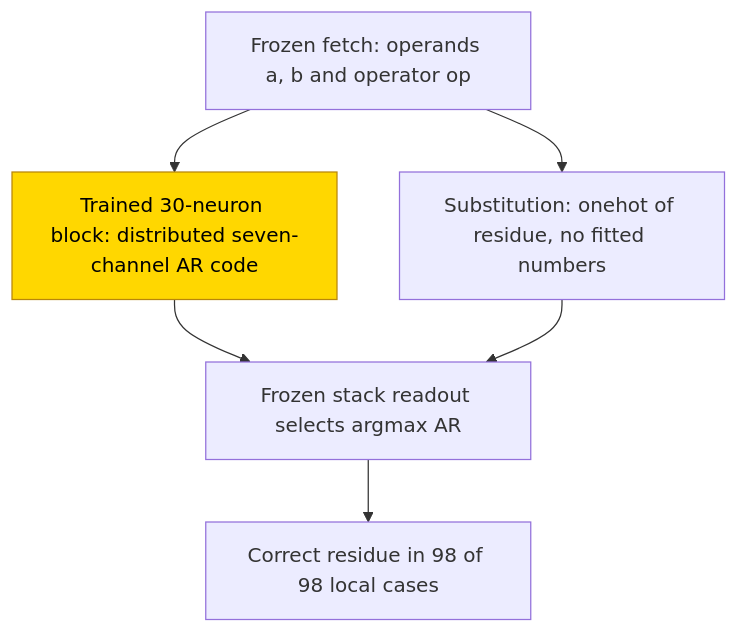
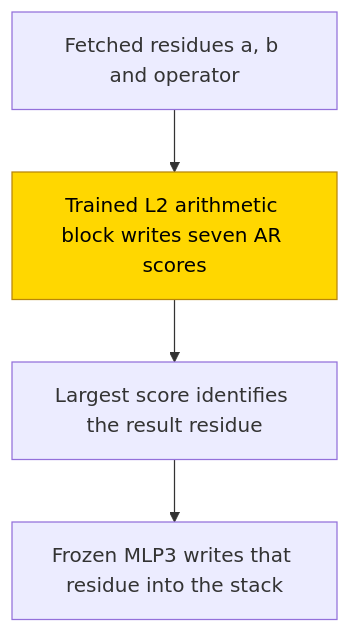
One commit to jc1122/mechanistic-interpretability-circuit-atlas changed the second of 2 diagrams in entries/nested-expressions-mod-7.md. Above: the diagram before and after it, drawn with Mermaid. The commit also changed other lines of this file and 54 other files, not shown here.

````diff
--- a/entries/nested-expressions-mod-7.md
+++ b/entries/nested-expressions-mod-7.md
@@ -160,10 +114,8 @@
 ```mermaid
 flowchart TD
-    F["Frozen fetch: operands a, b and operator op"] --> M["Trained 30-neuron block: distributed seven-channel AR code"]
-    M --> A["Frozen stack readout selects argmax AR"]
-    A --> O["Correct residue in 98 of 98 local cases"]
-    F --> S["Substitution: onehot of residue, no fitted numbers"]
-    S --> A
+    F["Fetched residues a, b and operator"] --> M["Trained L2 arithmetic block writes seven AR scores"]
+    M --> A["Largest score identifies the result residue"]
+    A --> W["Frozen MLP3 writes that residue into the stack"]
     classDef trained fill:gold,stroke:darkgoldenrod,color:black
     class M trained
 ```
````
